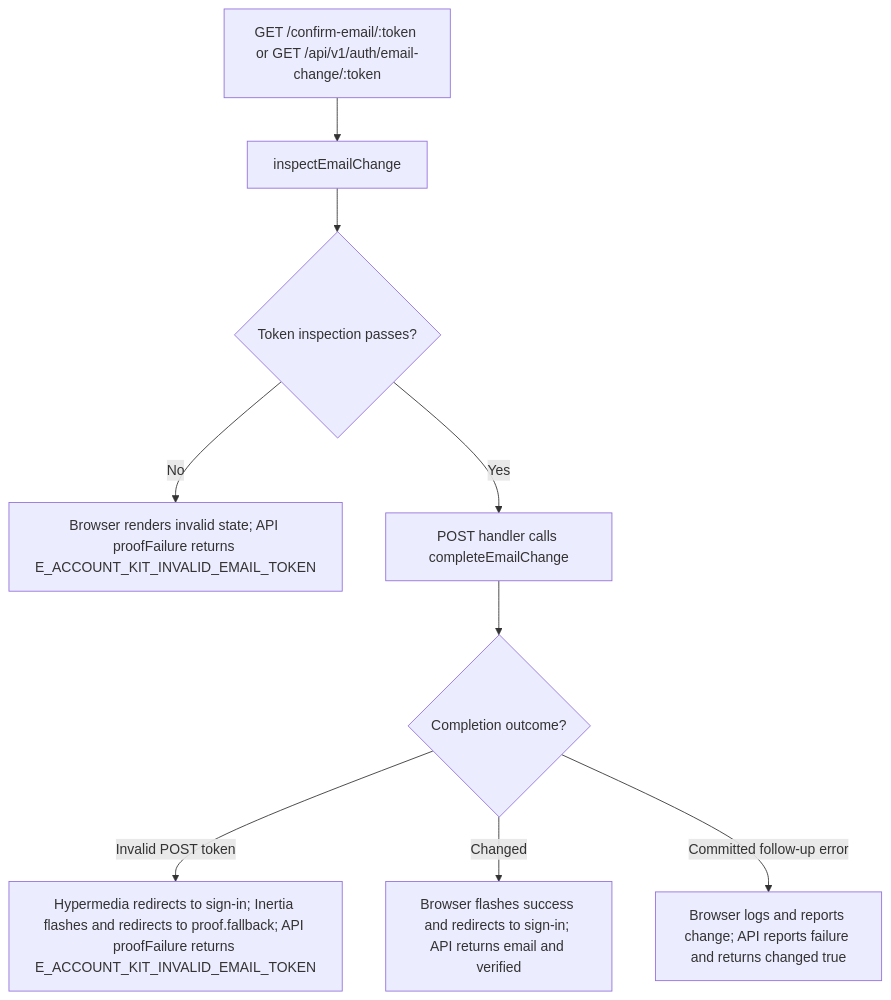
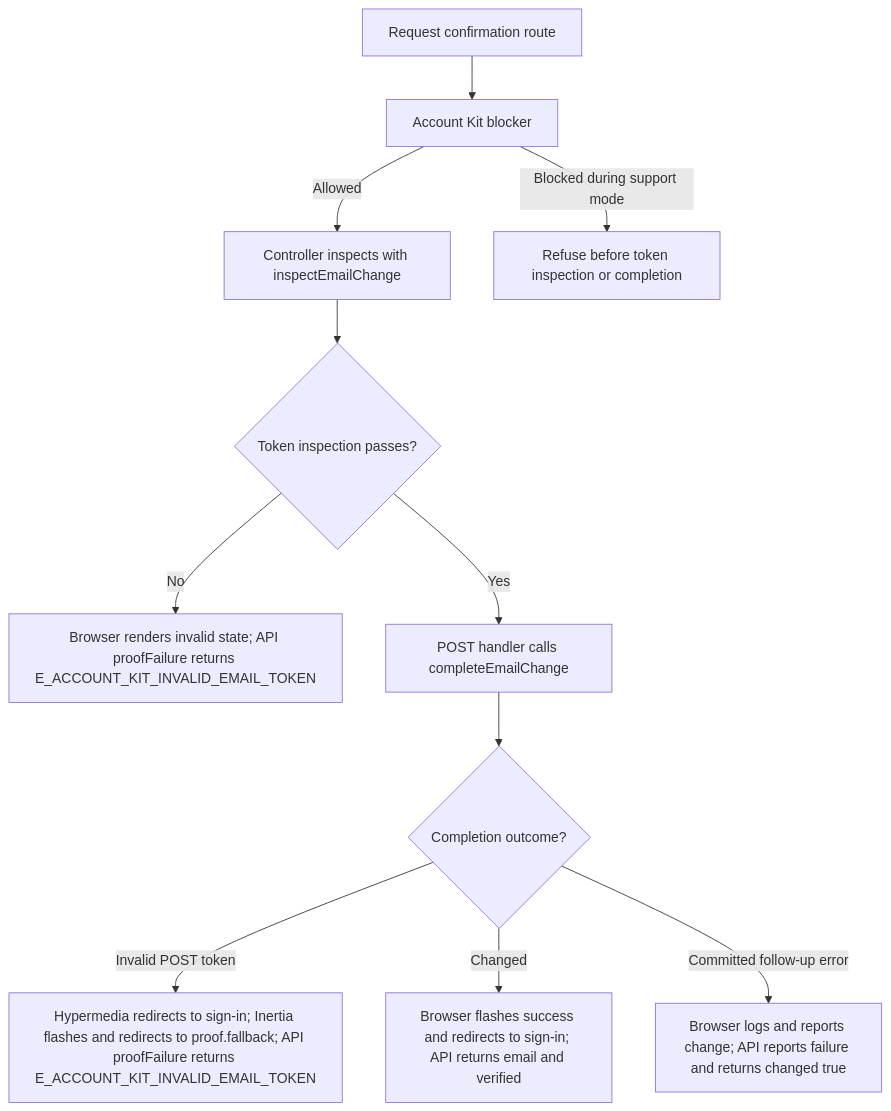
The second of 2 diagrams in user-stories/accounts/us-account-07-confirm-email-change.md (Kevinjohn/oss-adonisjs-starter-examples), drawn with Mermaid before and after one commit. The commit also changed other lines of this file and 12 other files, not shown here.

````diff
--- a/user-stories/accounts/us-account-07-confirm-email-change.md
+++ b/user-stories/accounts/us-account-07-confirm-email-change.md
@@ -43,11 +45,13 @@
 ```mermaid
 flowchart TD
-    A["GET /confirm-email/:token or GET /api/v1/auth/email-change/:token"] --> B["inspectEmailChange"]
+    A["Request confirmation route"] --> Z["Account Kit blocker"]
+    Z -->|Allowed| B["Controller inspects with inspectEmailChange"]
+    Z -->|Blocked during support mode| Z1["Refuse before token inspection or completion"]
     B --> C{"Token inspection passes?"}
     C -->|No| D["Browser renders invalid state; API proofFailure returns E_ACCOUNT_KIT_INVALID_EMAIL_TOKEN"]
     C -->|Yes| E["POST handler calls completeEmailChange"]
     E --> F{"Completion outcome?"}
     F -->|Invalid POST token| J["Hypermedia redirects to sign-in; Inertia flashes and redirects to proof.fallback; API proofFailure returns E_ACCOUNT_KIT_INVALID_EMAIL_TOKEN"]
     F -->|Changed| G["Browser flashes success and redirects to sign-in; API returns email and verified"]
     F -->|Committed follow-up error| H["Browser logs and reports change; API reports failure and returns changed true"]
 ```
````
